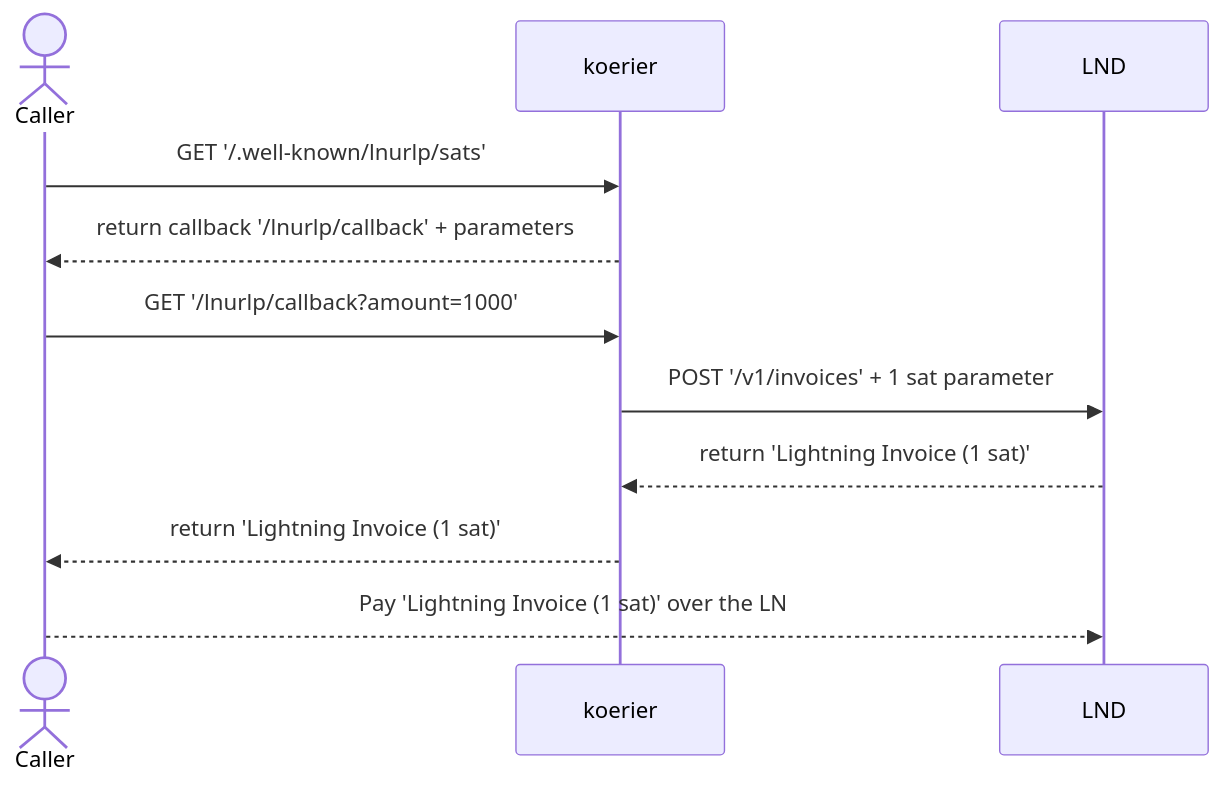
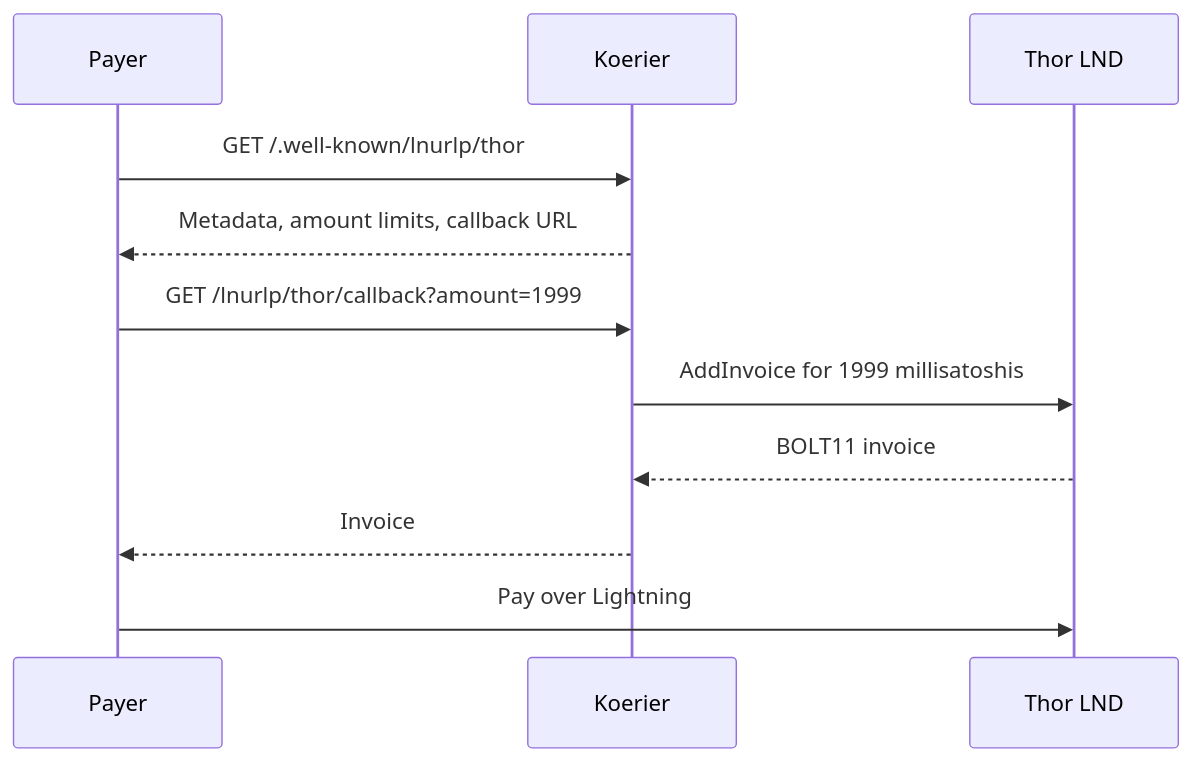
Before and after one commit to tee8z/koerier: the diagram in README.md, drawn with Mermaid. The commit also changed other lines of this file and 21 other files, not shown here.

Commit message:
feat: route lightning addresses to named lnd nodes

````diff
--- a/README.md
+++ b/README.md
@@ -138,20 +17,13 @@
 ```mermaid
 sequenceDiagram
-    actor Caller
-    participant koerier
-    participant LND
-
-    Caller->>koerier: GET '/.well-known/lnurlp/sats'
-
-    koerier-->>Caller: return callback '/lnurlp/callback' + parameters
-
-    Caller->>koerier: GET '/lnurlp/callback?amount=1000'
-
-    koerier->>LND: POST '/v1/invoices' + 1 sat parameter
-
-    LND-->>koerier: return 'Lightning Invoice (1 sat)'
-
-    koerier-->>Caller: return 'Lightning Invoice (1 sat)'
-
-    Caller-->>LND: Pay 'Lightning Invoice (1 sat)' over the LN
+    participant Payer
+    participant Koerier
+    participant Thor as Thor LND
+    Payer->>Koerier: GET /.well-known/lnurlp/thor
+    Koerier-->>Payer: Metadata, amount limits, callback URL
+    Payer->>Koerier: GET /lnurlp/thor/callback?amount=1999
+    Koerier->>Thor: AddInvoice for 1999 millisatoshis
+    Thor-->>Koerier: BOLT11 invoice
+    Koerier-->>Payer: Invoice
+    Payer->>Thor: Pay over Lightning
 ```
````
